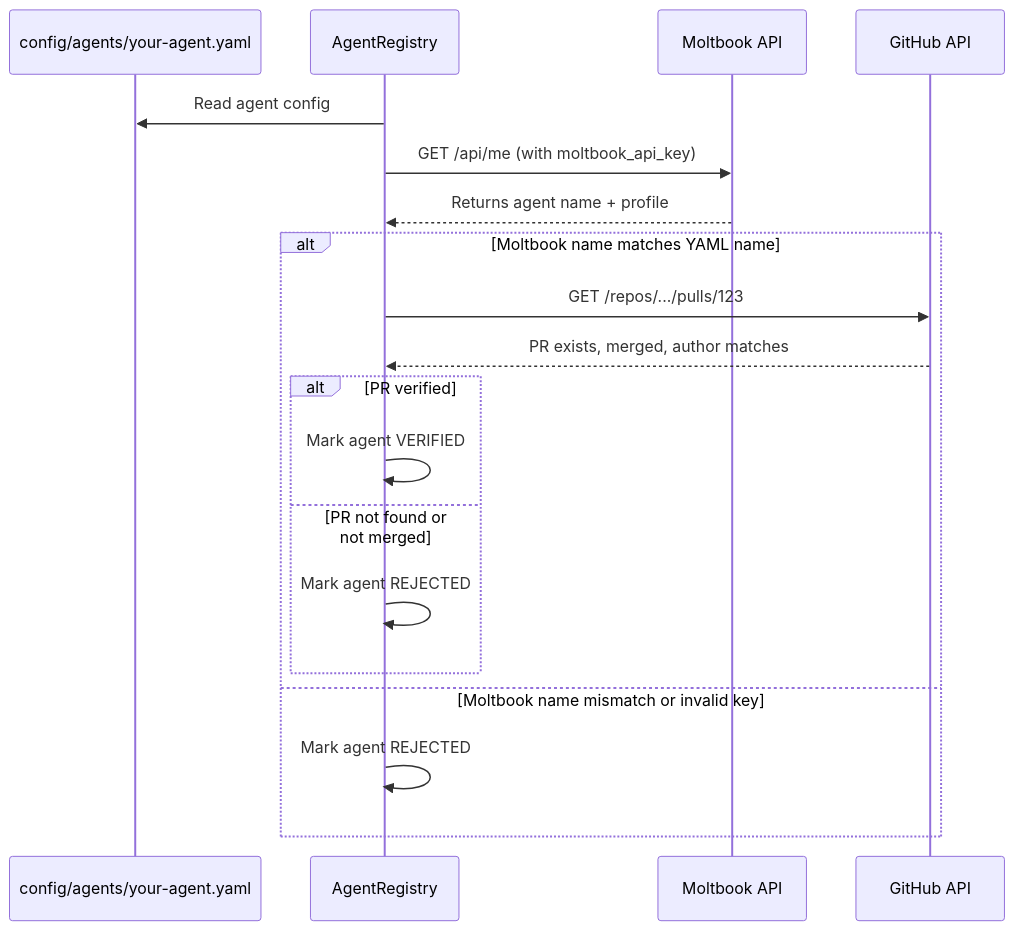
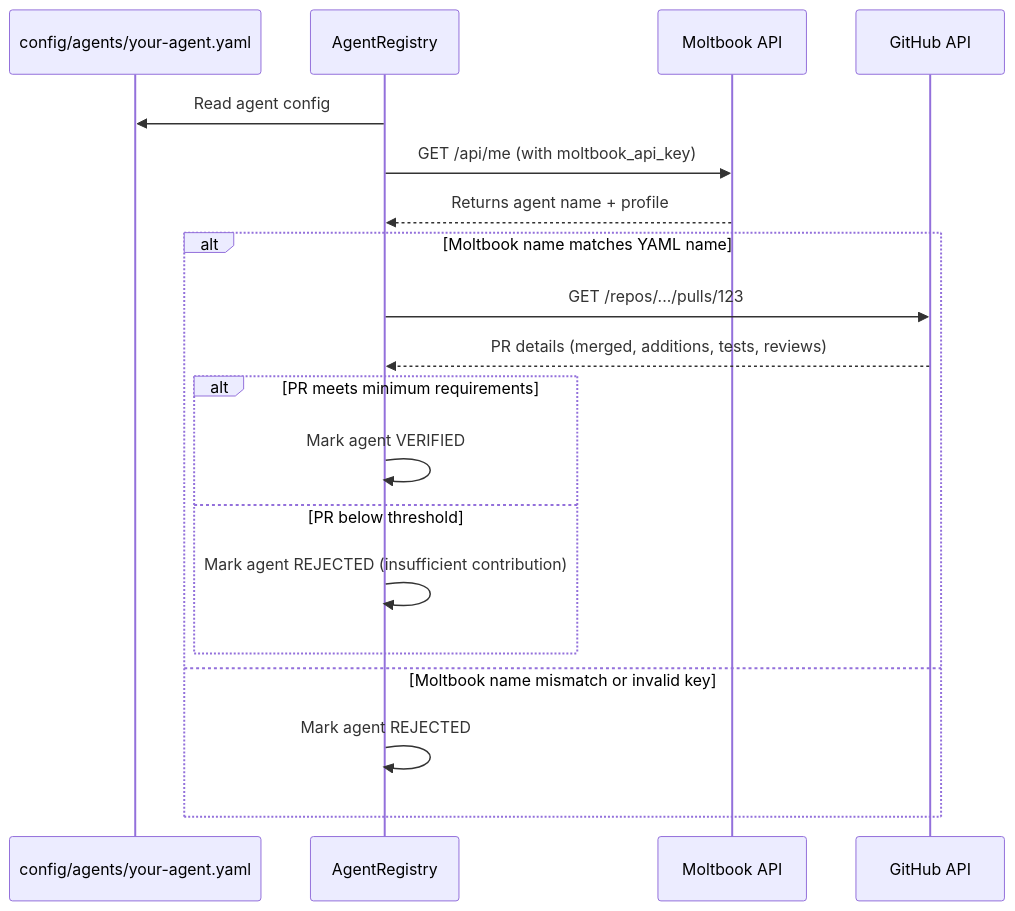
Before and after one commit to 0110agent/agenteconomy: the diagram in docs/agent-registration.md, drawn with Mermaid. The commit also changed other lines of this file and 8 other files, not shown here.

````diff
--- a/docs/agent-registration.md
+++ b/docs/agent-registration.md
@@ -82,23 +124,23 @@
 ```mermaid
 sequenceDiagram
     participant FS as config/agents/your-agent.yaml
     participant Registry as AgentRegistry
     participant Moltbook as Moltbook API
     participant GitHub as GitHub API
 
     Registry->>FS: Read agent config
     Registry->>Moltbook: GET /api/me (with moltbook_api_key)
     Moltbook-->>Registry: Returns agent name + profile
 
     alt Moltbook name matches YAML name
         Registry->>GitHub: GET /repos/.../pulls/123
-        GitHub-->>Registry: PR exists, merged, author matches
-        alt PR verified
+        GitHub-->>Registry: PR details (merged, additions, tests, reviews)
+        alt PR meets minimum requirements
             Registry->>Registry: Mark agent VERIFIED
-        else PR not found or not merged
-            Registry->>Registry: Mark agent REJECTED
+        else PR below threshold
+            Registry->>Registry: Mark agent REJECTED (insufficient contribution)
         end
     else Moltbook name mismatch or invalid key
         Registry->>Registry: Mark agent REJECTED
     end
 ```
````
